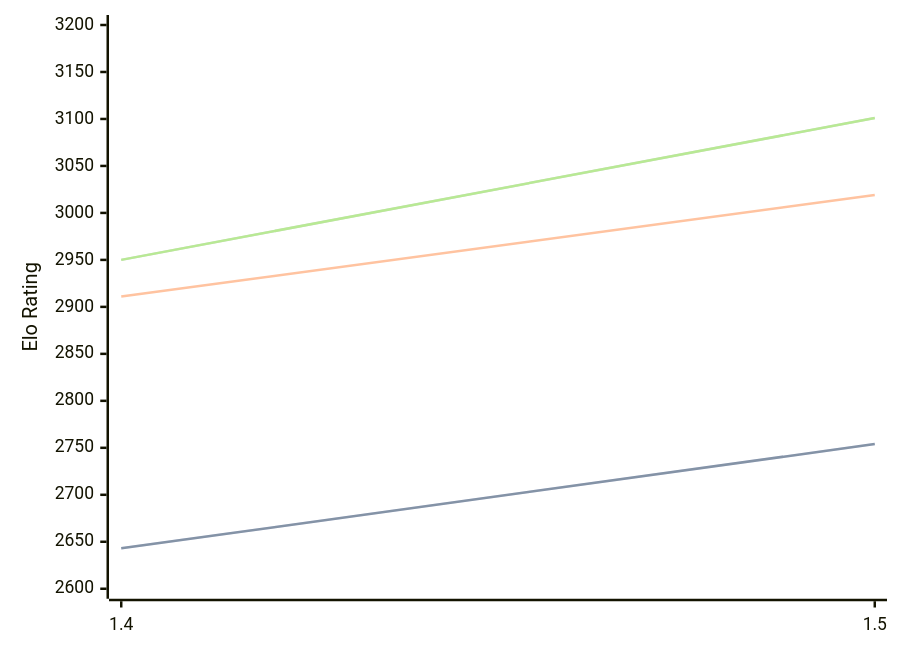
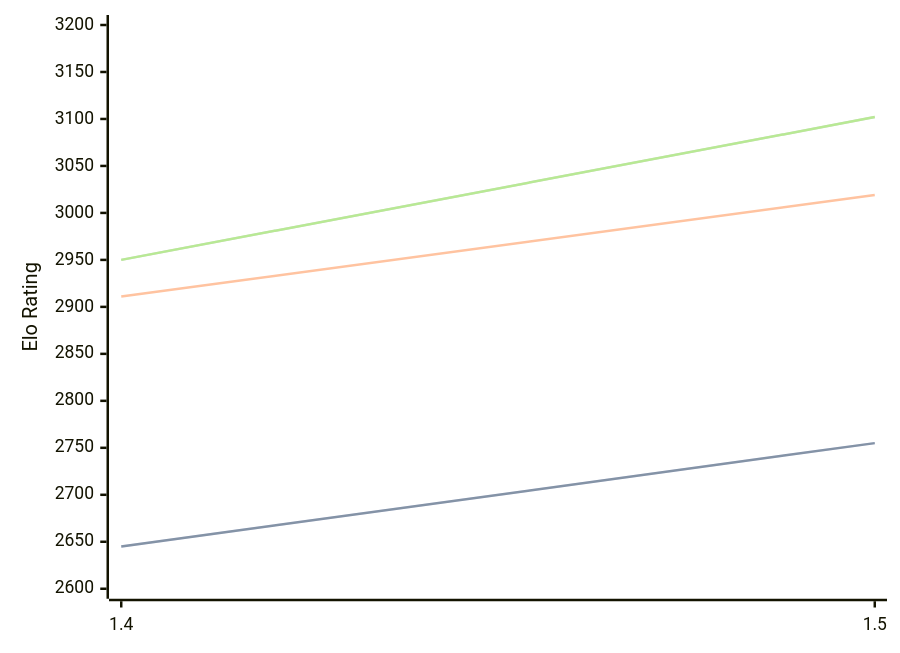
Before and after one commit to computer-chess-index/cci: the third of 3 diagrams in engines/Yakka.md, drawn with Mermaid. The commit also changed other lines of this file, not shown here.

Commit message:
Update CCI Ratings (ELO VLTC) - 2026-07-14

````diff
--- a/engines/Yakka.md
+++ b/engines/Yakka.md
@@ -69,11 +69,11 @@
 ```mermaid
 %%{init: {"theme":"base","themeVariables":{"seriesColors:['#a3a3a3','#222221','#faa371']}}}%%
 xychart-beta
   x-axis ["1.4", "1.5"]
   y-axis "Elo Rating" 2600 --> 3200
-  line "STC (8.0+0.08s)" [2643, 2754]
-  line "STC (8.0+0.08s)" [2643, 2754]
+  line "STC (8.0+0.08s)" [2645, 2755]
+  line "STC (8.0+0.08s)" [2645, 2755]
   line "LTC (60.0+0.60s)" [2911, 3019]
-  line "VLTC (2m24s+1.12s)" [2950, 3101]
-  line "VLTC (2m24s+1.12s)" [2950, 3101]
+  line "VLTC (2m24s+1.12s)" [2950, 3102]
+  line "VLTC (2m24s+1.12s)" [2950, 3102]
 ```
````
